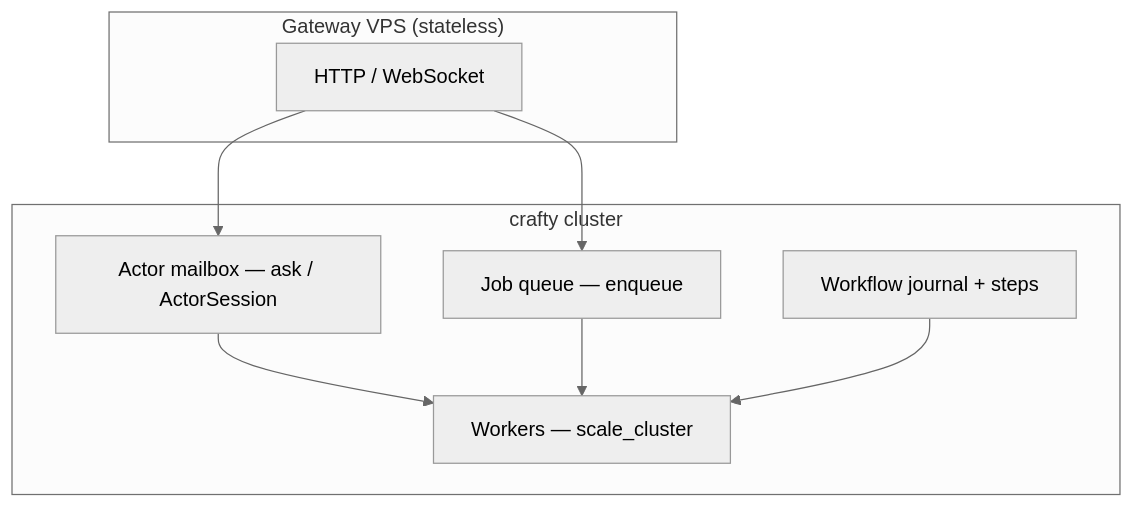
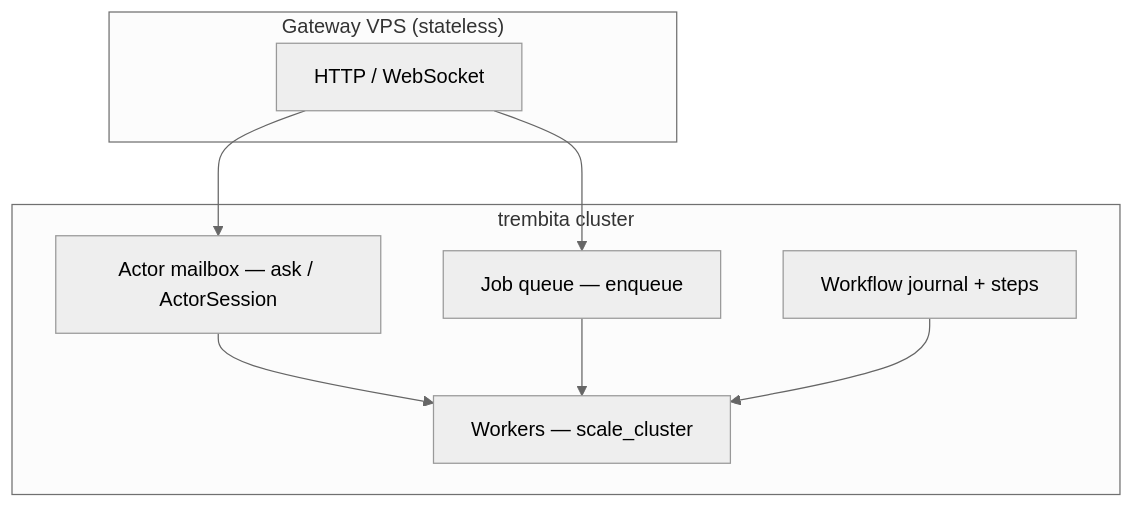
Before and after one commit to lemarco/craft: the diagram in docs/decisions/product-scenarios.md, drawn with Mermaid (neutral theme). The commit also changed other lines of this file and 844 other files, not shown here.

First line of the commit message:
refactor!: rename crafty workspace to trembita

````diff
--- a/docs/decisions/product-scenarios.md
+++ b/docs/decisions/product-scenarios.md
@@ -98,19 +98,19 @@
 ```mermaid
 flowchart TB
     subgraph Gateway["Gateway VPS (stateless)"]
         HTTP[HTTP / WebSocket]
     end
 
-    subgraph Cluster["crafty cluster"]
+    subgraph Cluster["trembita cluster"]
         B[Actor mailbox — ask / ActorSession]
         C[Job queue — enqueue]
         W[Workflow journal + steps]
         A[Workers — scale_cluster]
     end
 
     HTTP --> B
     HTTP --> C
     B --> A
     C --> A
     W --> A
 ```
````
